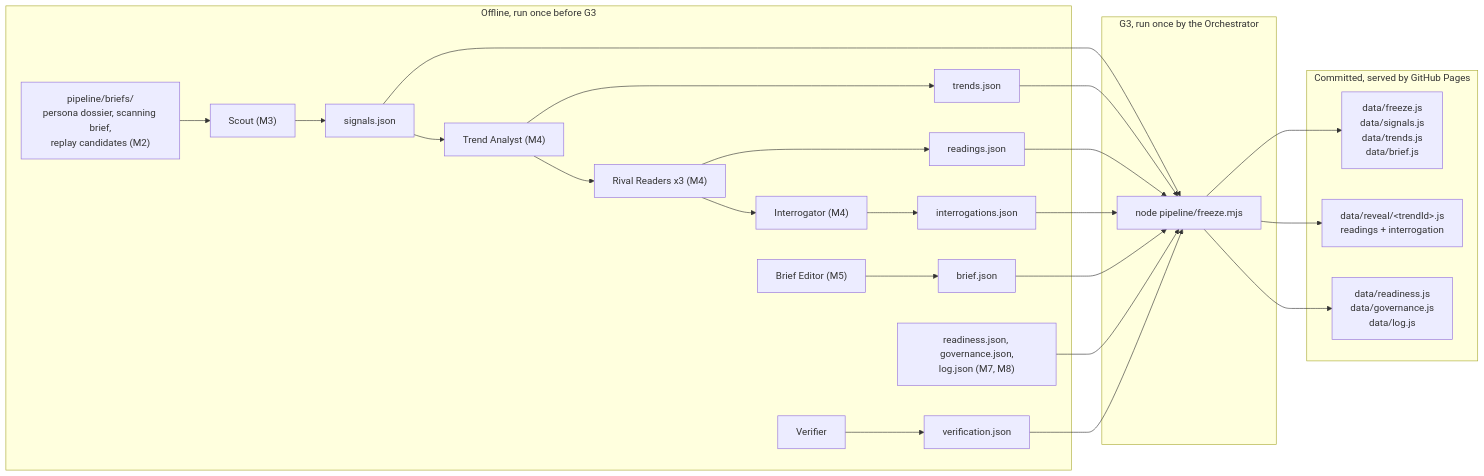
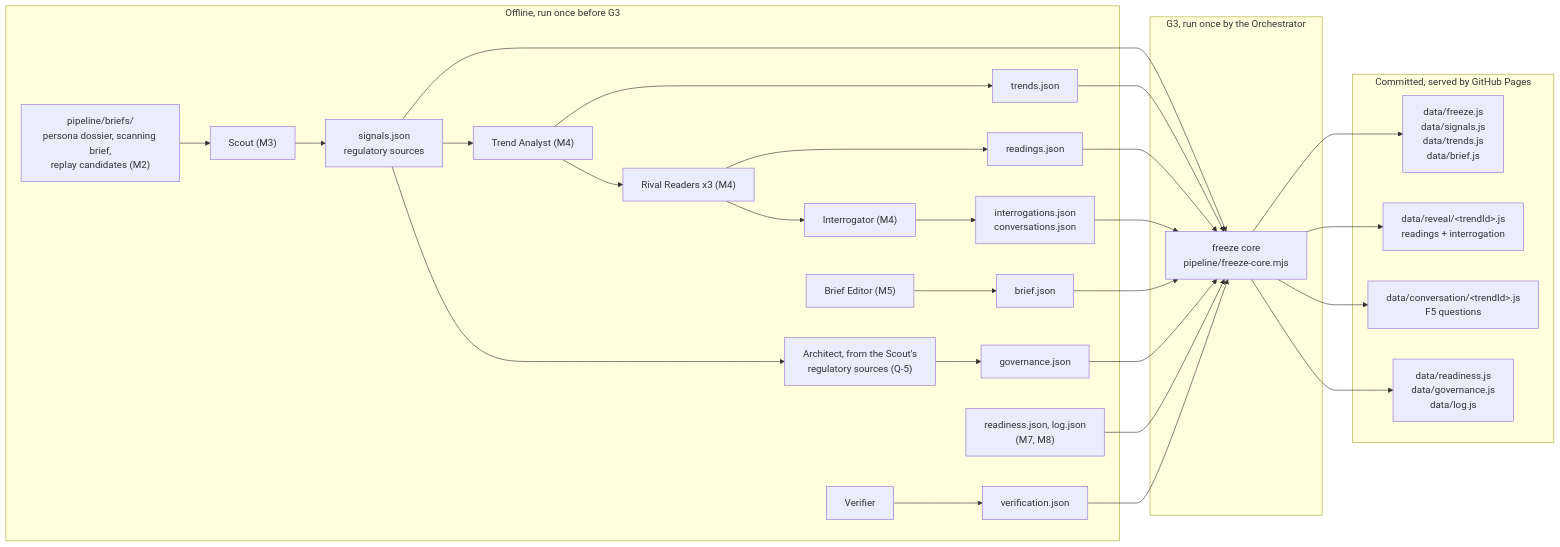
The second of 3 diagrams in docs/03-architecture.md (MackeyXXII/periscope), drawn with Mermaid before and after one commit. The commit also changed other lines of this file and 15 other files, not shown here.

````diff
--- a/docs/03-architecture.md
+++ b/docs/03-architecture.md
@@ -77,25 +83,28 @@
 ```mermaid
 flowchart LR
   subgraph Offline["Offline, run once before G3"]
     BR["pipeline/briefs/<br/>persona dossier, scanning brief,<br/>replay candidates (M2)"]
-    SC["Scout (M3)"] --> SJ["signals.json"]
+    SC["Scout (M3)"] --> SJ["signals.json<br/>regulatory sources"]
     TA["Trend Analyst (M4)"] --> TJ["trends.json"]
     RR["Rival Readers x3 (M4)"] --> RJ["readings.json"]
-    IN["Interrogator (M4)"] --> IJ["interrogations.json"]
+    IN["Interrogator (M4)"] --> IJ["interrogations.json<br/>conversations.json"]
     BE["Brief Editor (M5)"] --> BJ["brief.json"]
-    OT["readiness.json, governance.json,<br/>log.json (M7, M8)"]
+    AR["Architect, from the Scout's<br/>regulatory sources (Q-5)"] --> GJ["governance.json"]
+    OT["readiness.json, log.json<br/>(M7, M8)"]
     VF["Verifier"] --> VR["verification.json"]
     BR --> SC
     SJ --> TA --> RR --> IN
+    SJ --> AR
   end
   subgraph Freeze["G3, run once by the Orchestrator"]
-    FZ["node pipeline/freeze.mjs"]
+    FZ["freeze core<br/>pipeline/freeze-core.mjs"]
   end
   subgraph Shipped["Committed, served by GitHub Pages"]
     D1["data/freeze.js<br/>data/signals.js<br/>data/trends.js<br/>data/brief.js"]
     D2["data/reveal/&lt;trendId&gt;.js<br/>readings + interrogation"]
+    D4["data/conversation/&lt;trendId&gt;.js<br/>F5 questions"]
     D3["data/readiness.js<br/>data/governance.js<br/>data/log.js"]
   end
-  SJ & TJ & RJ & IJ & BJ & OT & VR --> FZ
-  FZ --> D1 & D2 & D3
+  SJ & TJ & RJ & IJ & BJ & GJ & OT & VR --> FZ
+  FZ --> D1 & D2 & D4 & D3
 ```
````
